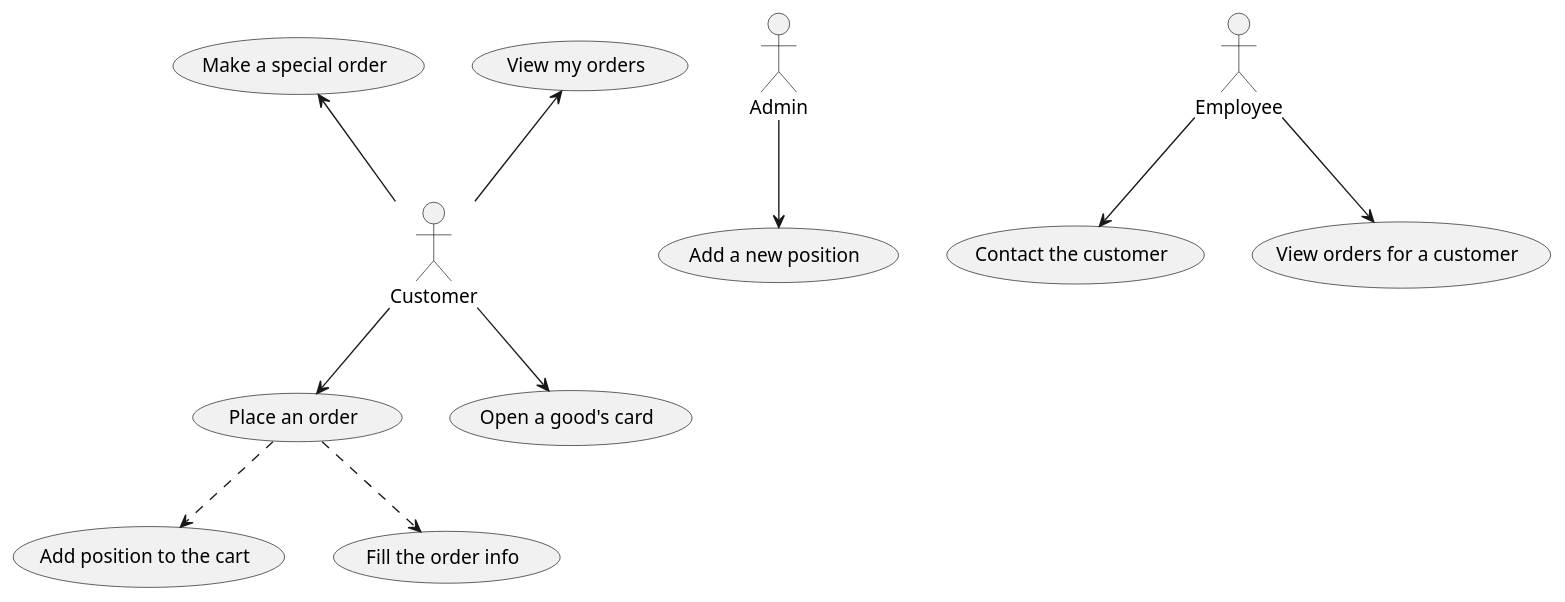
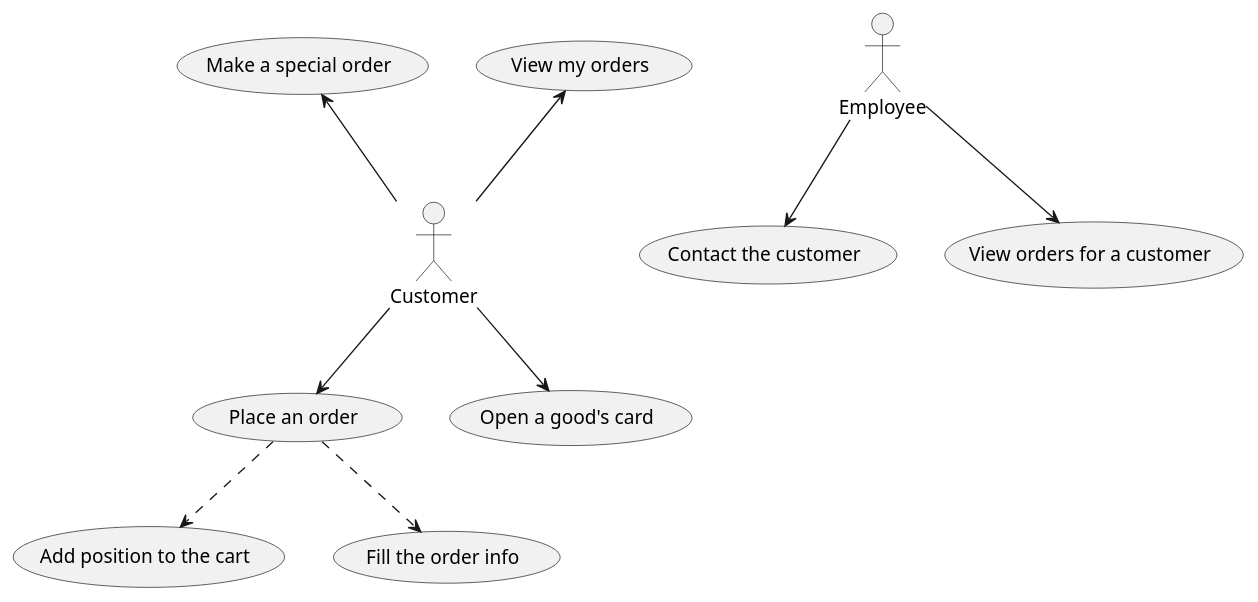
Before and after one commit to ikotamsl/wineshop-project: the diagram in documentation/use_case.md, drawn with PlantUML.

Commit message:
removed admin from scope

````diff
--- a/documentation/use_case.md
+++ b/documentation/use_case.md
@@ -3,34 +3,29 @@
 ```plantuml
 @startuml
-
-:Admin:
 
 :Employee:
 
 :Customer:
 
 (Place an order) as order
 (Open a good's card) as open_card
 (Add position to the cart) as add_to_cart
-(Add a new position) as add_new_position
 (Fill the order info) as fill_info
 (Contact the customer) as contact_cust
 (View orders for a customer) as view_cust_orders
 (View my orders) as view_orders
 (Make a special order) as make_special
 
 Customer -down-> order
 Customer -up-> view_orders
 Customer -up-> make_special
 Customer -down-> open_card
 
 order ..> add_to_cart
 order ..> fill_info
 
-Admin --> add_new_position
-
 Employee --> contact_cust
 Employee --> view_cust_orders
 
 @enduml
 ```
````
